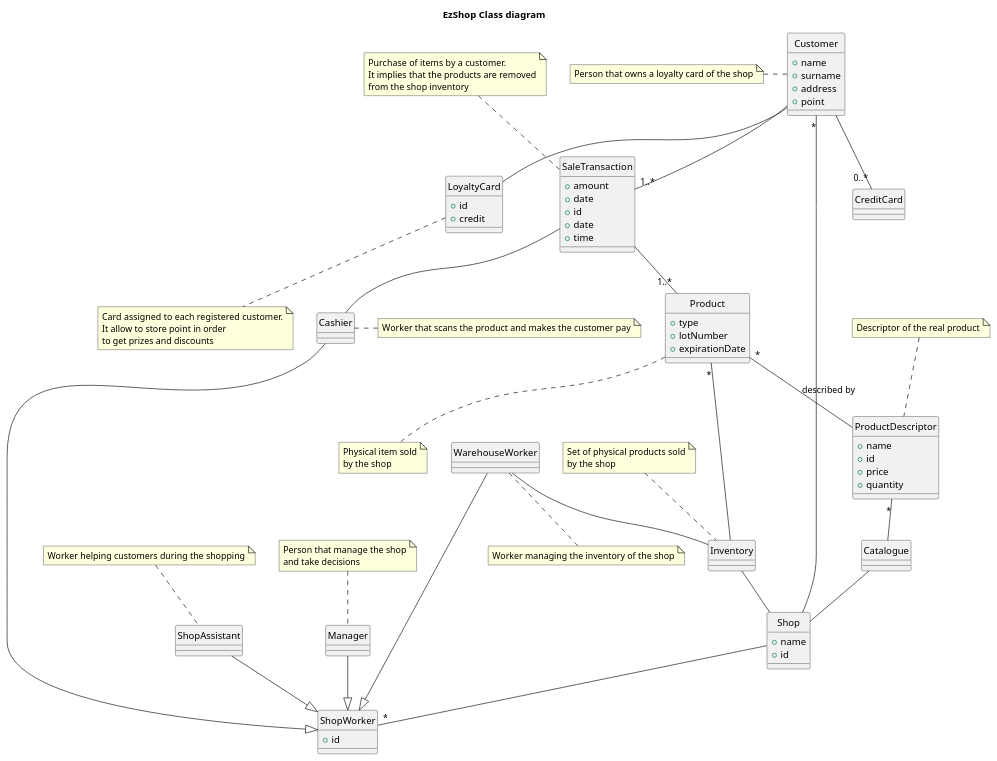
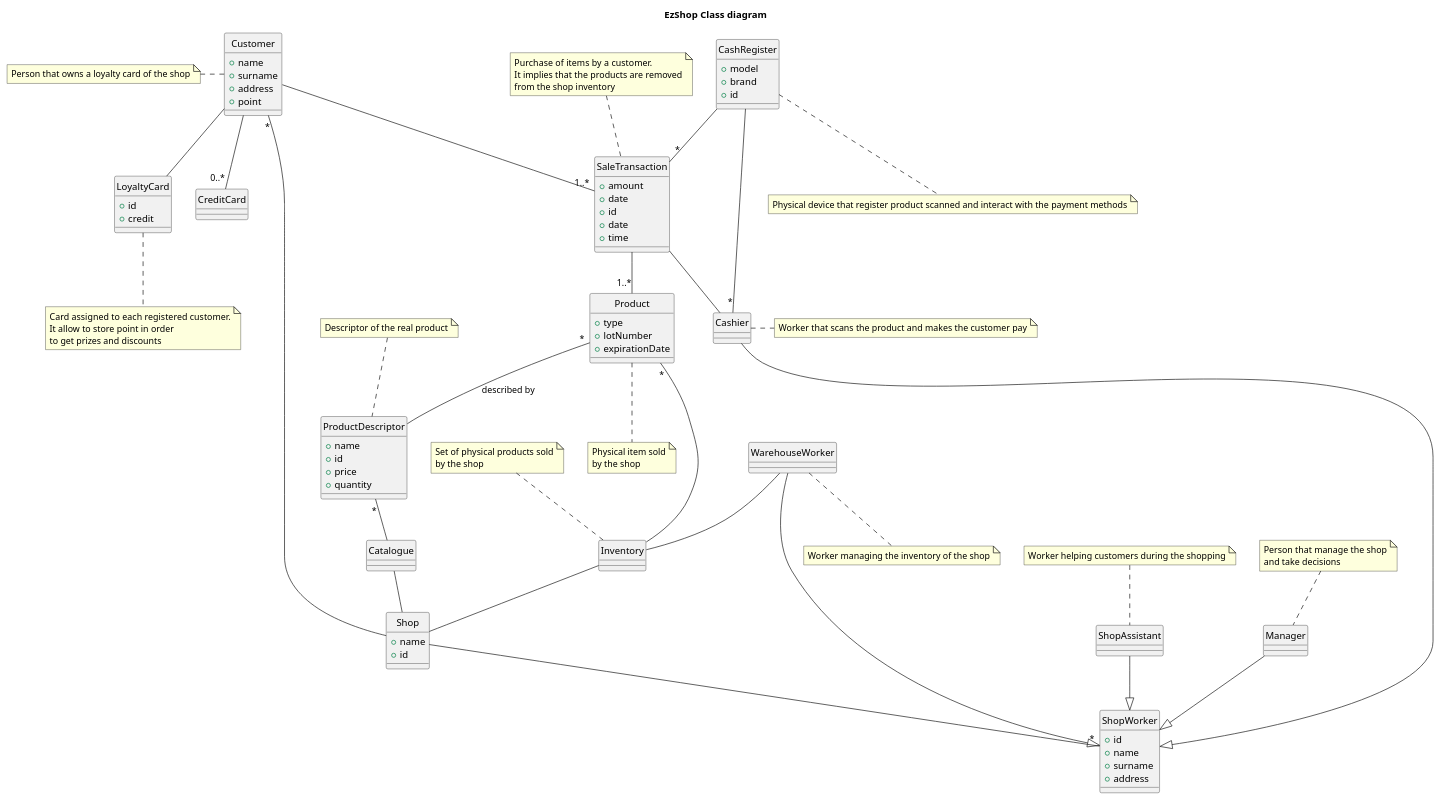
Before and after one commit to marco-ballario/EzShop: the second of 3 diagrams in Deliverables/RequirementsDocument.md, drawn with PlantUML.

Commit message:
docs: added CashRegister class in Glossary

````diff
--- a/Deliverables/RequirementsDocument.md
+++ b/Deliverables/RequirementsDocument.md
@@ -454,12 +454,20 @@
 }
 class ShopWorker {
     +id
+    +name
+    +surname
+    +address
 }
 class Customer {
     +name
     +surname
     +address
     +point
+}
+class CashRegister {
+    +model
+    +brand
+    +id
 }
 class Cashier {}
 class ShopAssistant {}
@@ -486,6 +494,7 @@
 note top of ShopAssistant: Worker helping customers during the shopping
 note top of Manager: Person that manage the shop\nand take decisions
 note bottom of WarehouseWorker: Worker managing the inventory of the shop
+note bottom of CashRegister: Physical device that register product scanned and interact with the payment methods
 note bottom of LoyaltyCard: Card assigned to each registered customer.\nIt allow to store point in order\nto get prizes and discounts
 
 WarehouseWorker -- Inventory
@@ -505,5 +514,8 @@
 Shop -- "*" Customer
 Shop -- "*" ShopWorker
 Customer -- "1..*"SaleTransaction
+CashRegister -- "*" SaleTransaction
+CashRegister -- "*" Cashier
+
 @enduml
 ```
````
